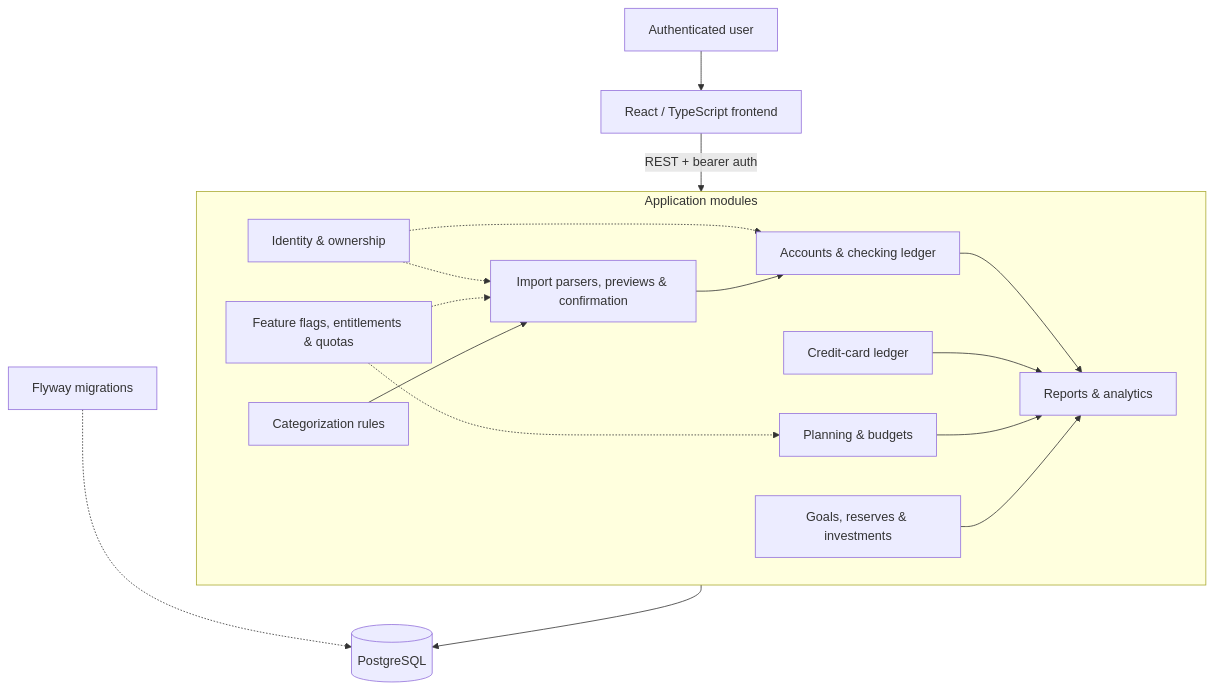
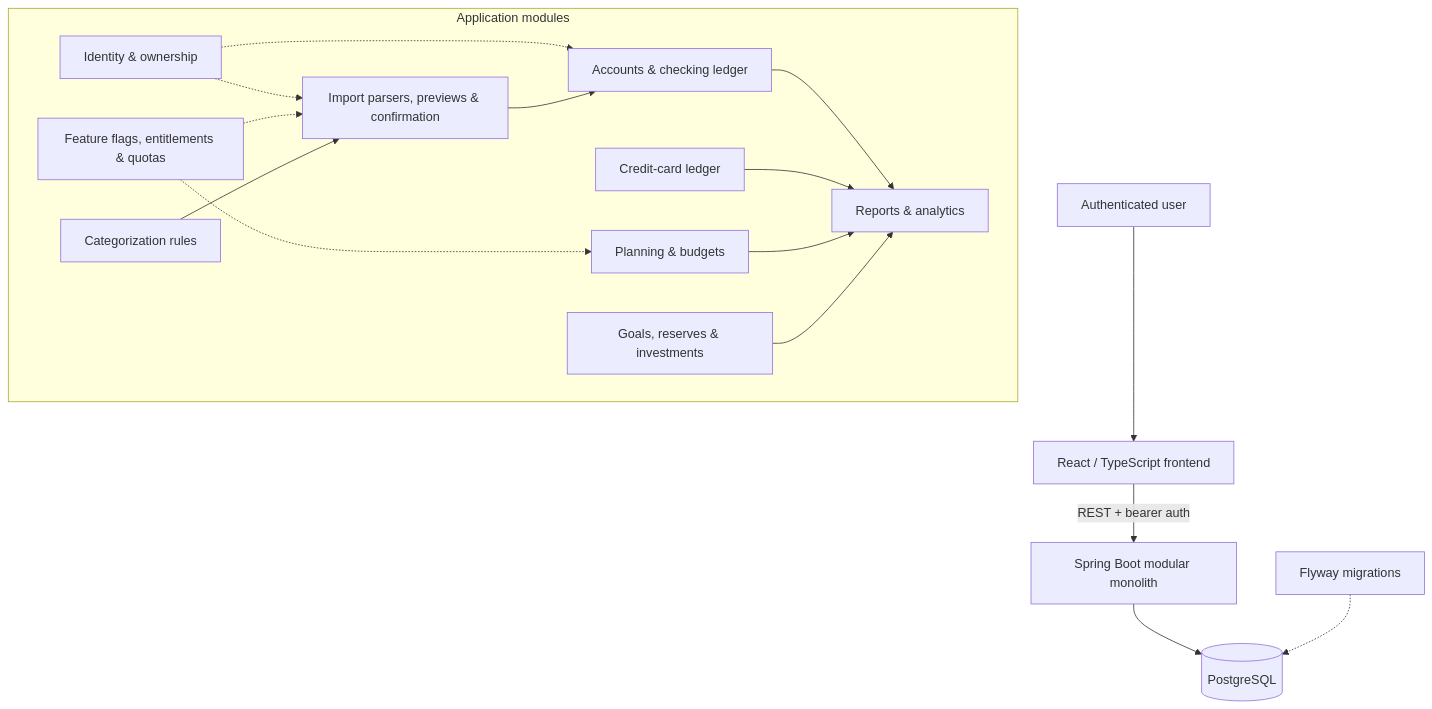
The first of 2 diagrams in README.md (danilobsilv/BankingIntelligentSheet), drawn with Mermaid before and after one commit. The commit also changed other lines of this file and 4 other files, not shown here.

````diff
--- a/README.md
+++ b/README.md
@@ -78,28 +78,28 @@
 ```mermaid
 flowchart TB
     USER[Authenticated user] --> WEB[React / TypeScript frontend]
-    WEB -->|REST + bearer auth| API[Spring Boot modular monolith]
-    subgraph API[Application modules]
+    WEB -->|REST + bearer auth| BACKEND[Spring Boot modular monolith]
+    subgraph MODULES[Application modules]
       AUTH[Identity & ownership]
       IMPORT[Import parsers, previews & confirmation]
       BANK[Accounts & checking ledger]
       CARD[Credit-card ledger]
       PLAN[Planning & budgets]
       WEALTH[Goals, reserves & investments]
       RULES[Categorization rules]
       ACCESS[Feature flags, entitlements & quotas]
       REPORTS[Reports & analytics]
     end
     AUTH -.-> IMPORT
     AUTH -.-> BANK
     ACCESS -.-> PLAN
     ACCESS -.-> IMPORT
     IMPORT --> BANK
     BANK --> REPORTS
     CARD --> REPORTS
     PLAN --> REPORTS
     WEALTH --> REPORTS
     RULES --> IMPORT
-    API --> DB[(PostgreSQL)]
+    BACKEND --> DB[(PostgreSQL)]
     MIG[Flyway migrations] -.-> DB
 ```
````
